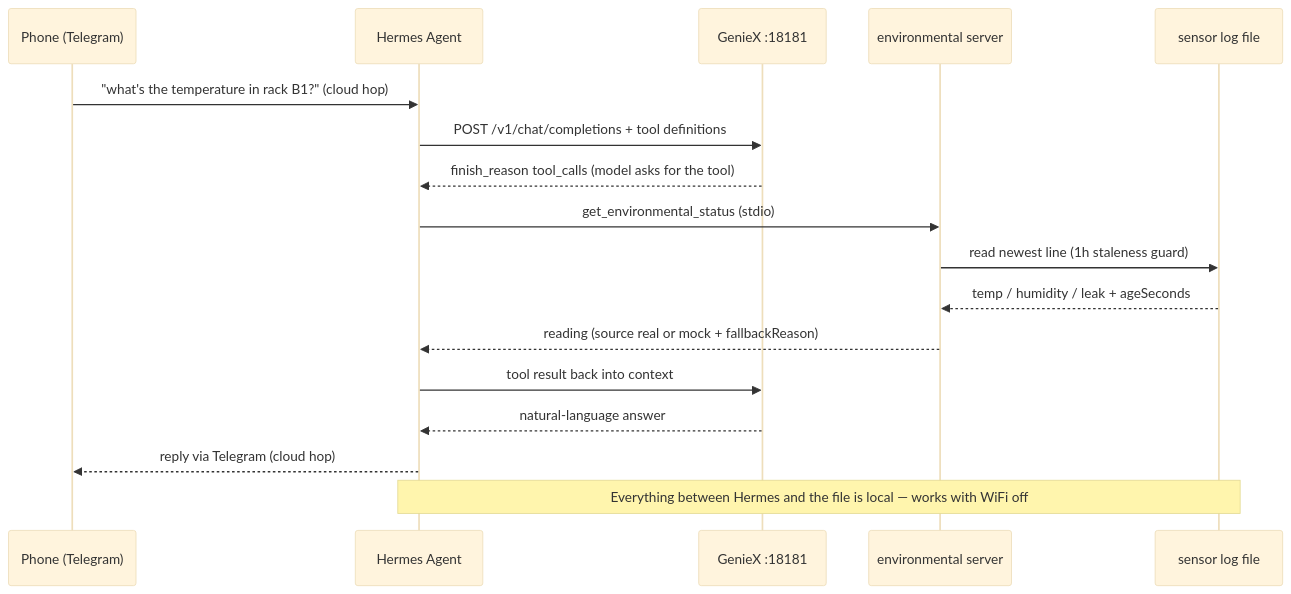
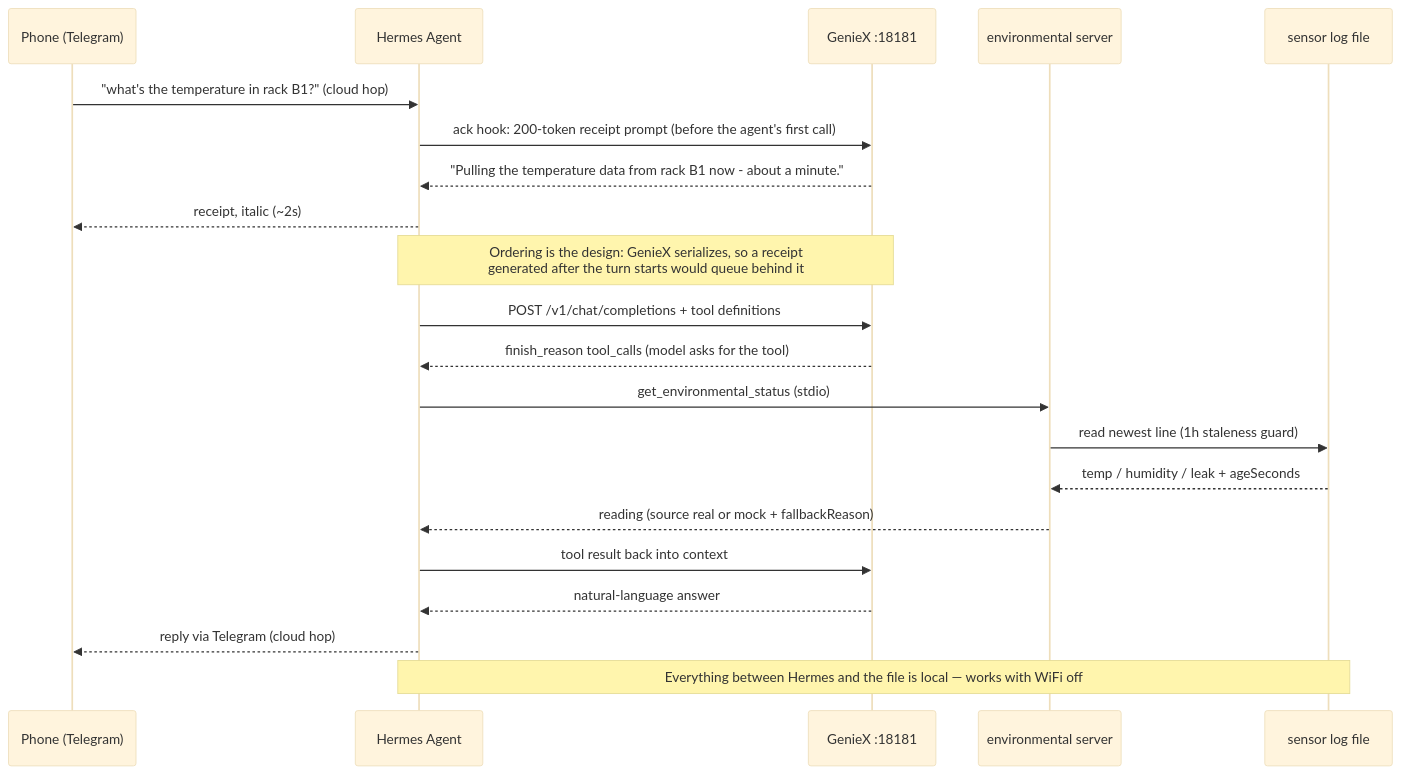
One commit to aryanil89/SMH-Hermes changed the second of 4 diagrams in docs/ARCHITECTURE.md. Above: the diagram before and after it, drawn with Mermaid (base theme). The commit also changed other lines of this file and 29 other files, not shown here.

````diff
--- a/docs/ARCHITECTURE.md
+++ b/docs/ARCHITECTURE.md
@@ -88,20 +90,24 @@
 ```mermaid
 sequenceDiagram
     participant P as Phone (Telegram)
     participant H as Hermes Agent
     participant G as GenieX :18181
     participant E as environmental server
     participant F as sensor log file
 
     P->>H: "what's the temperature in rack B1?"  (cloud hop)
+    H->>G: ack hook: 200-token receipt prompt (before the agent's first call)
+    G-->>H: "Pulling the temperature data from rack B1 now - about a minute."
+    H-->>P: receipt, italic (~2s)
+    Note over H,G: Ordering is the design: GenieX serializes, so a receipt<br/>generated after the turn starts would queue behind it
     H->>G: POST /v1/chat/completions + tool definitions
     G-->>H: finish_reason tool_calls (model asks for the tool)
     H->>E: get_environmental_status (stdio)
     E->>F: read newest line (1h staleness guard)
     F-->>E: temp / humidity / leak + ageSeconds
     E-->>H: reading (source real or mock + fallbackReason)
     H->>G: tool result back into context
     G-->>H: natural-language answer
     H-->>P: reply via Telegram (cloud hop)
     Note over H,F: Everything between Hermes and the file is local — works with WiFi off
 ```
````
